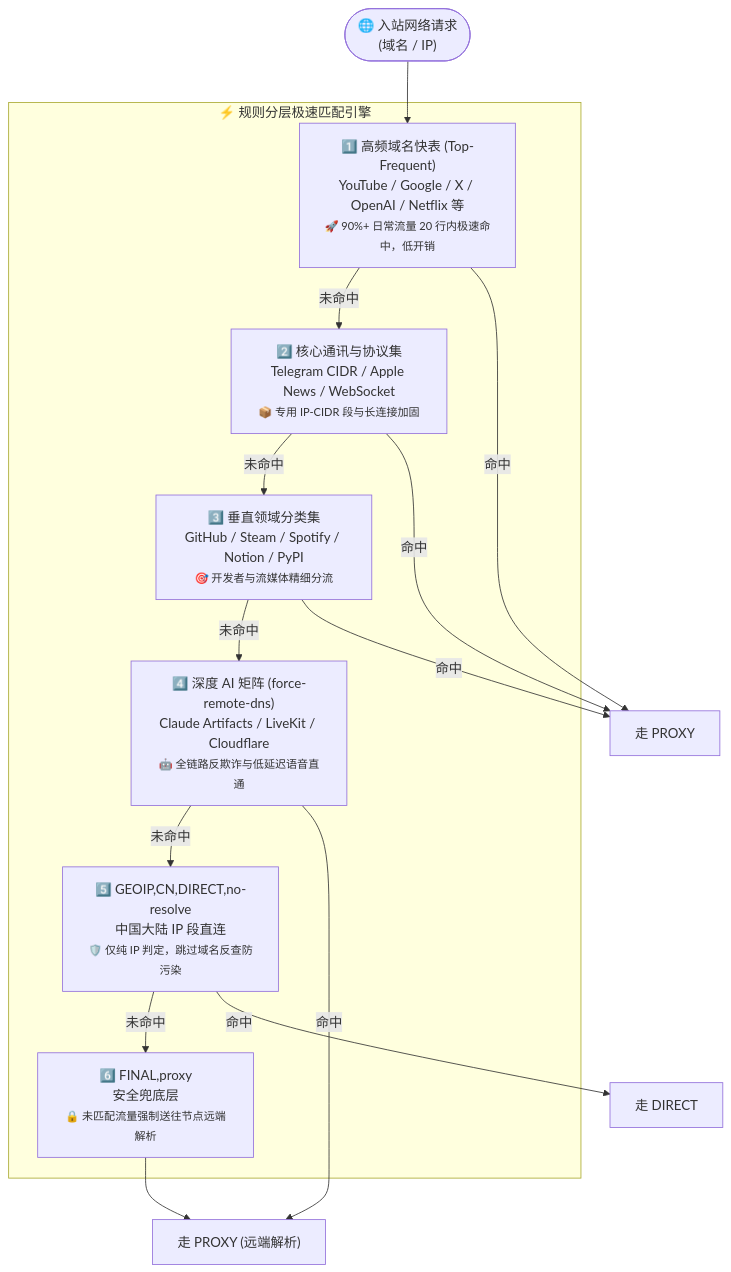
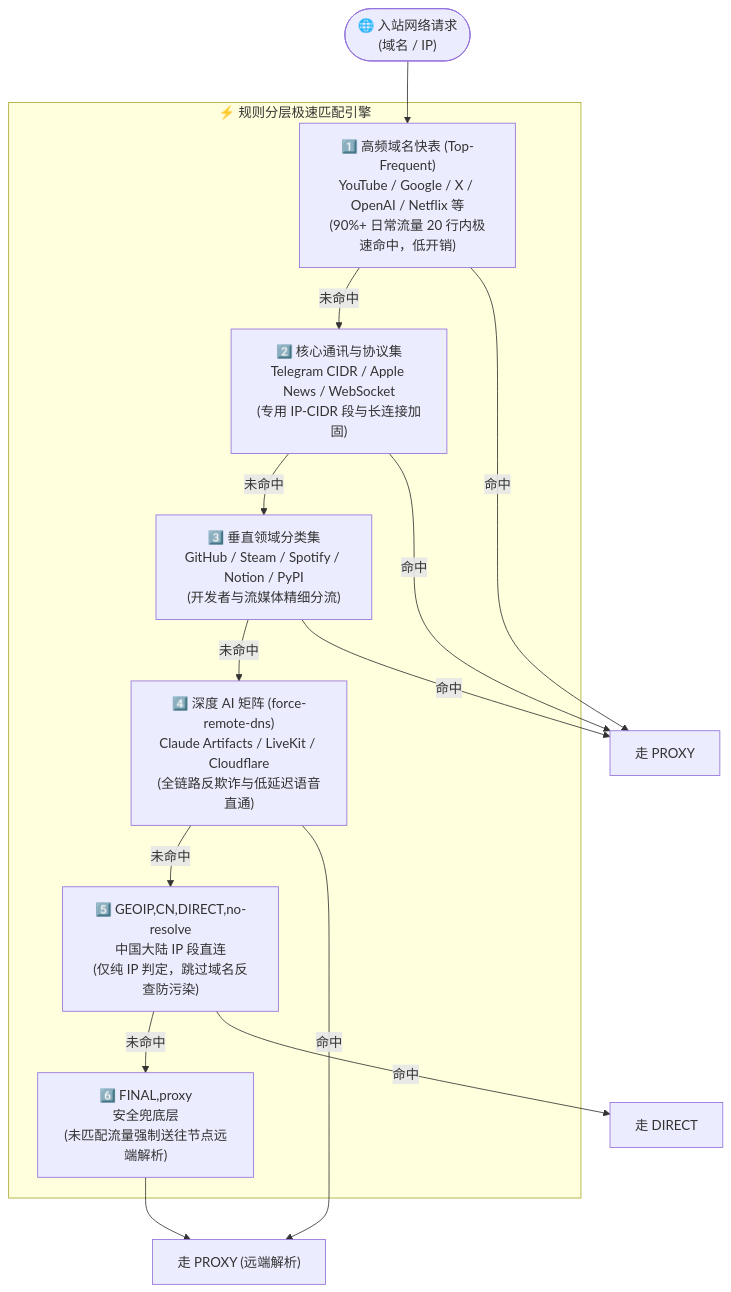
The fifth of 5 diagrams in s.md (suxayii/bbr-fq_codel), drawn with Mermaid before and after one commit. The commit also changed other lines of this file, not shown here.

````diff
--- a/s.md
+++ b/s.md
@@ -187,20 +187,20 @@
 ```mermaid
 flowchart TD
     Inflow(["🌐 入站网络请求\n(域名 / IP)"]) --> L1
     
-    subgraph Pipeline ["⚡ 规则分层极速匹配引擎"]
-        L1["1️⃣ 高频域名快表 (Top-Frequent)\nYouTube / Google / X / OpenAI / Netflix 等\n<small>🚀 90%+ 日常流量 20 行内极速命中，低开销</small>"]
-        L1 -- 未命中 --> L2["2️⃣ 核心通讯与协议集\nTelegram CIDR / Apple News / WebSocket\n<small>📦 专用 IP-CIDR 段与长连接加固</small>"]
-        L2 -- 未命中 --> L3["3️⃣ 垂直领域分类集\nGitHub / Steam / Spotify / Notion / PyPI\n<small>🎯 开发者与流媒体精细分流</small>"]
-        L3 -- 未命中 --> L4["4️⃣ 深度 AI 矩阵 (force-remote-dns)\nClaude Artifacts / LiveKit / Cloudflare\n<small>🤖 全链路反欺诈与低延迟语音直通</small>"]
-        L4 -- 未命中 --> L5["5️⃣ GEOIP,CN,DIRECT,no-resolve\n中国大陆 IP 段直连\n<small>🛡️ 仅纯 IP 判定，跳过域名反查防污染</small>"]
-        L5 -- 未命中 --> L6["6️⃣ FINAL,proxy\n安全兜底层\n<small>🔒 未匹配流量强制送往节点远端解析</small>"]
+    subgraph Pipeline["⚡ 规则分层极速匹配引擎"]
+        L1["1️⃣ 高频域名快表 (Top-Frequent)\nYouTube / Google / X / OpenAI / Netflix 等\n(90%+ 日常流量 20 行内极速命中，低开销)"]
+        L1 -- "未命中" --> L2["2️⃣ 核心通讯与协议集\nTelegram CIDR / Apple News / WebSocket\n(专用 IP-CIDR 段与长连接加固)"]
+        L2 -- "未命中" --> L3["3️⃣ 垂直领域分类集\nGitHub / Steam / Spotify / Notion / PyPI\n(开发者与流媒体精细分流)"]
+        L3 -- "未命中" --> L4["4️⃣ 深度 AI 矩阵 (force-remote-dns)\nClaude Artifacts / LiveKit / Cloudflare\n(全链路反欺诈与低延迟语音直通)"]
+        L4 -- "未命中" --> L5["5️⃣ GEOIP,CN,DIRECT,no-resolve\n中国大陆 IP 段直连\n(仅纯 IP 判定，跳过域名反查防污染)"]
+        L5 -- "未命中" --> L6["6️⃣ FINAL,proxy\n安全兜底层\n(未匹配流量强制送往节点远端解析)"]
     end
 
-    L1 -- 命中 --> ActionProxy["走 PROXY"]
-    L2 -- 命中 --> ActionProxy
-    L3 -- 命中 --> ActionProxy
-    L4 -- 命中 --> ActionRemoteProxy["走 PROXY (远端解析)"]
-    L5 -- 命中 --> ActionDirect["走 DIRECT"]
+    L1 -- "命中" --> ActionProxy["走 PROXY"]
+    L2 -- "命中" --> ActionProxy
+    L3 -- "命中" --> ActionProxy
+    L4 -- "命中" --> ActionRemoteProxy["走 PROXY (远端解析)"]
+    L5 -- "命中" --> ActionDirect["走 DIRECT"]
     L6 --> ActionRemoteProxy
 ```
````
